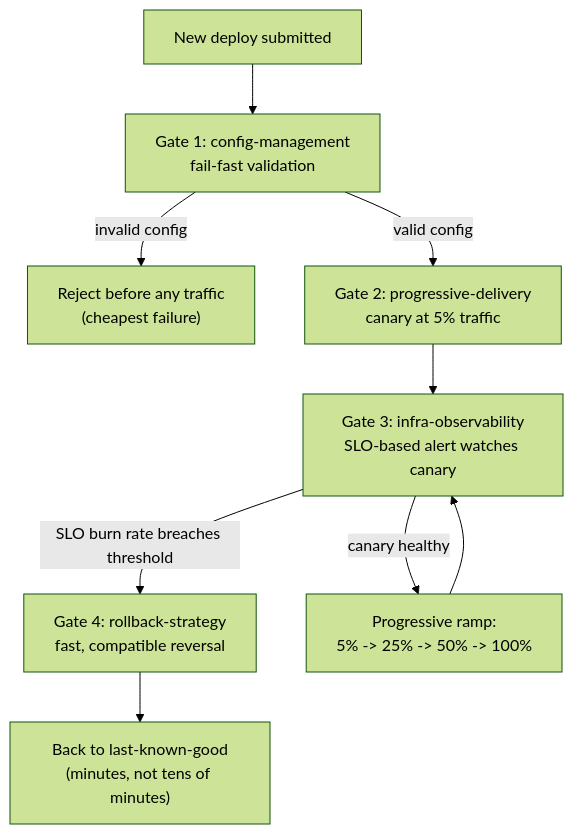
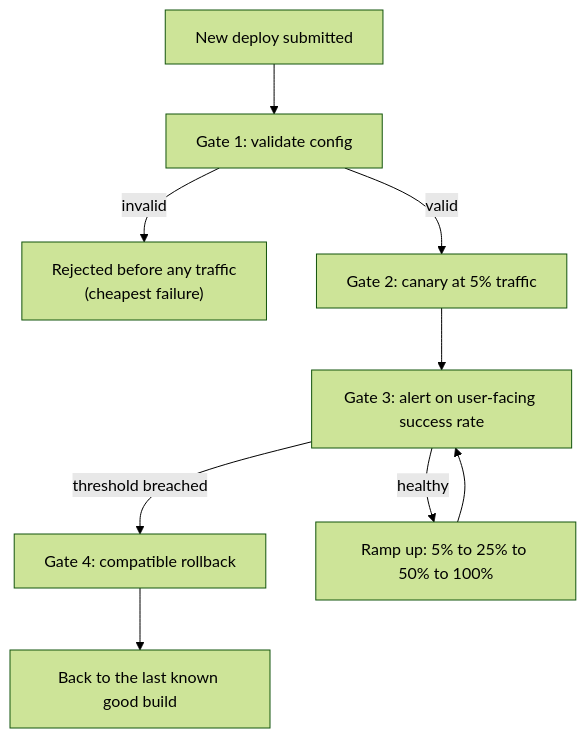
Before and after one commit to francoandreDev/knowledge: the first of 2 diagrams in src/content/infra-delivery/staff-level-release-engineering-strategy/L2-concept.mdx, drawn with Mermaid (forest theme). The commit also changed other lines of this file and 3 other files, not shown here.

Commit message:
Migrate infra-delivery/staff-level-release-engineering-strategy to the three-tier exercise model

````diff
--- a/src/content/infra-delivery/staff-level-release-engineering-strategy/L2-concept.mdx
+++ b/src/content/infra-delivery/staff-level-release-engineering-strategy/L2-concept.mdx
@@ -38,11 +36,11 @@
 ```mermaid
 flowchart TD
-    A["New deploy submitted"] --> B["Gate 1: config-management\nfail-fast validation"]
-    B -- "invalid config" --> R1["Reject before any traffic\n(cheapest failure)"]
-    B -- "valid config" --> C["Gate 2: progressive-delivery\ncanary at 5% traffic"]
-    C --> D["Gate 3: infra-observability\nSLO-based alert watches canary"]
-    D -- "SLO burn rate breaches threshold" --> E["Gate 4: rollback-strategy\nfast, compatible reversal"]
-    D -- "canary healthy" --> F["Progressive ramp:\n5% -> 25% -> 50% -> 100%"]
+    A["New deploy submitted"] --> B["Gate 1: validate config"]
+    B -- "invalid" --> R1["Rejected before any traffic\n(cheapest failure)"]
+    B -- "valid" --> C["Gate 2: canary at 5% traffic"]
+    C --> D["Gate 3: alert on user-facing success rate"]
+    D -- "threshold breached" --> E["Gate 4: compatible rollback"]
+    D -- "healthy" --> F["Ramp up: 5% to 25% to 50% to 100%"]
     F --> D
-    E --> R2["Back to last-known-good\n(minutes, not tens of minutes)"]
+    E --> R2["Back to the last known good build"]
 ```
````
